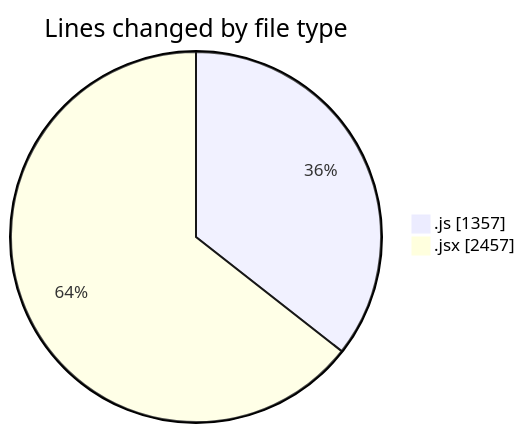
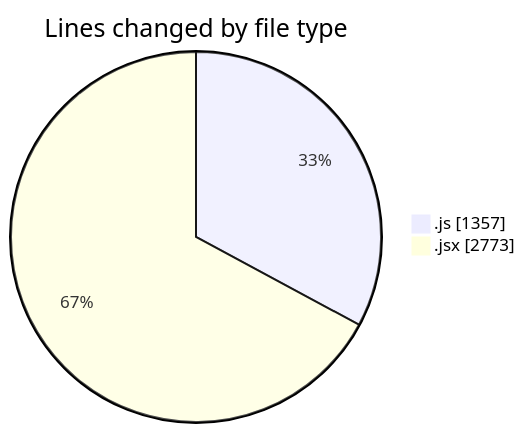
Before and after one commit to nxtqubesakshisongat/code-tracking: the first of 2 diagrams in 2025-08-05/nxtqube_webapp/README.md, drawn with Mermaid. The commit also changed other lines of this file and 1 other file, not shown here.

````diff
--- a/2025-08-05/nxtqube_webapp/README.md
+++ b/2025-08-05/nxtqube_webapp/README.md
@@ -27,6 +28,6 @@
 ```mermaid
 pie showData
 title Lines changed by file type
 ".js" : 1357
-".jsx" : 2457
+".jsx" : 2773
 ```
````
